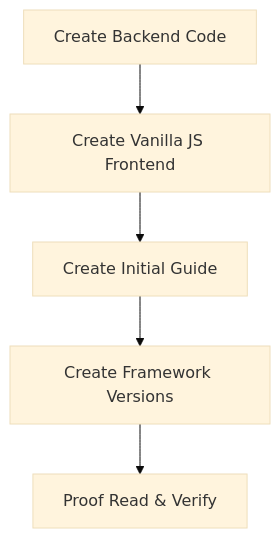
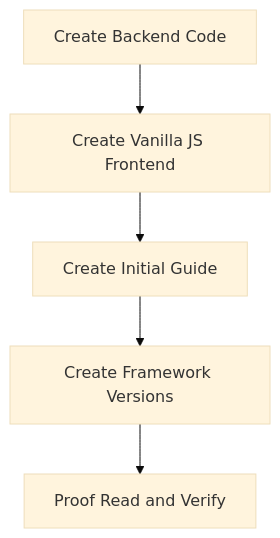
One commit to ritza-co/bryntum-backend-quickstart-guides changed the diagram in README.md. Above: the diagram before and after it, drawn with Mermaid (base theme). The commit also changed 57 other files, not shown here.

````diff
--- a/README.md
+++ b/README.md
@@ -70,8 +70,8 @@
 ```mermaid
 graph TD
     A[Create Backend Code] --> B
     B[Create Vanilla JS Frontend] --> C
     C[Create Initial Guide] --> D
     D[Create Framework Versions] --> E
-    E[Proof Read & Verify]
+    E[Proof Read and Verify]
 ```
````
